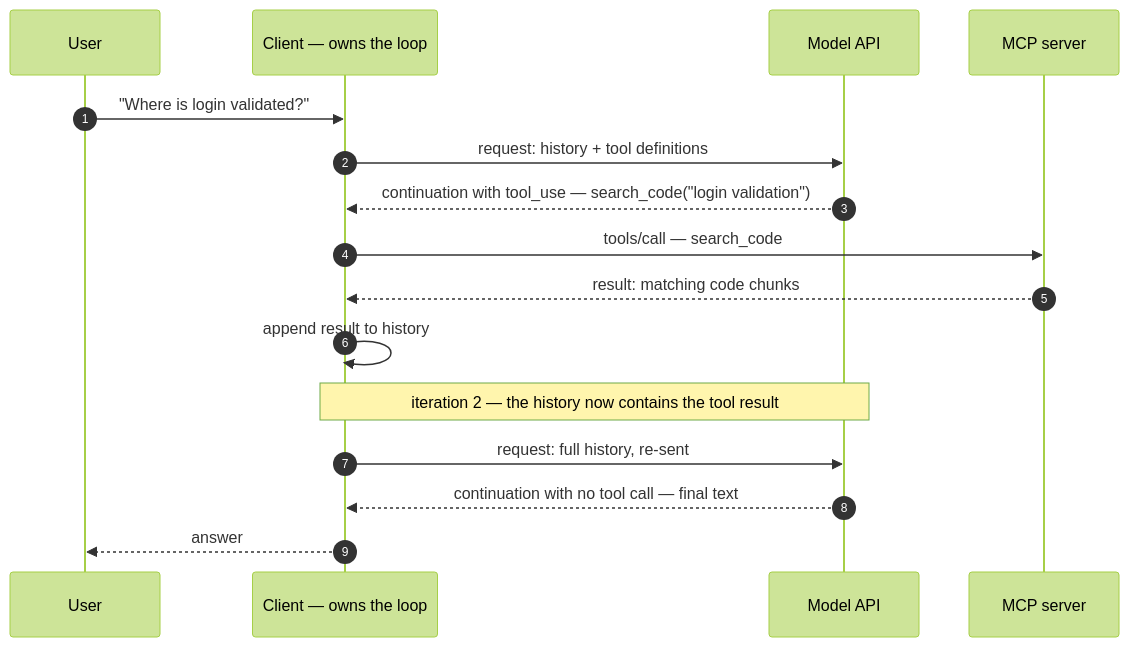
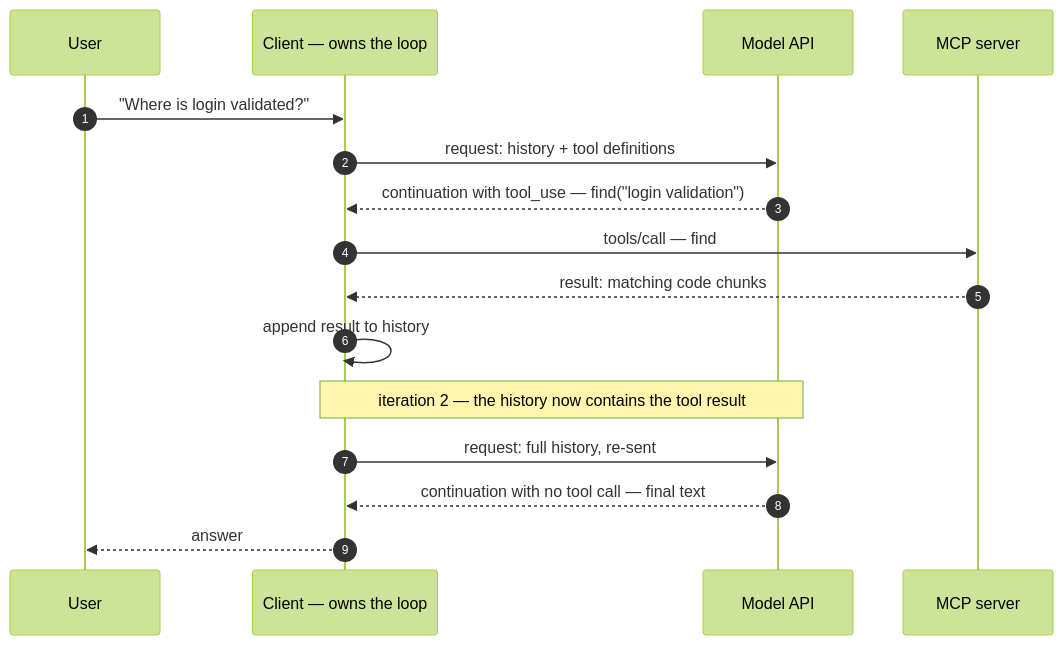
One commit to nitinpawar28/AI-learn changed the second of 3 diagrams in docs/part4-agents/agent-loop.md. Above: the diagram before and after it, drawn with Mermaid (forest theme). The commit also changed other lines of this file and 29 other files, not shown here.

````diff
--- a/docs/part4-agents/agent-loop.md
+++ b/docs/part4-agents/agent-loop.md
@@ -69,19 +69,19 @@
 ```mermaid
 sequenceDiagram
     autonumber
     participant U as User
     participant C as Client — owns the loop
     participant M as Model API
     participant S as MCP server
 
     U->>C: "Where is login validated?"
     C->>M: request: history + tool definitions
-    M-->>C: continuation with tool_use — search_code("login validation")
-    C->>S: tools/call — search_code
+    M-->>C: continuation with tool_use — find("login validation")
+    C->>S: tools/call — find
     S-->>C: result: matching code chunks
     C->>C: append result to history
     Note over C,M: iteration 2 — the history now contains the tool result
     C->>M: request: full history, re-sent
     M-->>C: continuation with no tool call — final text
     C-->>U: answer
 ```
````
